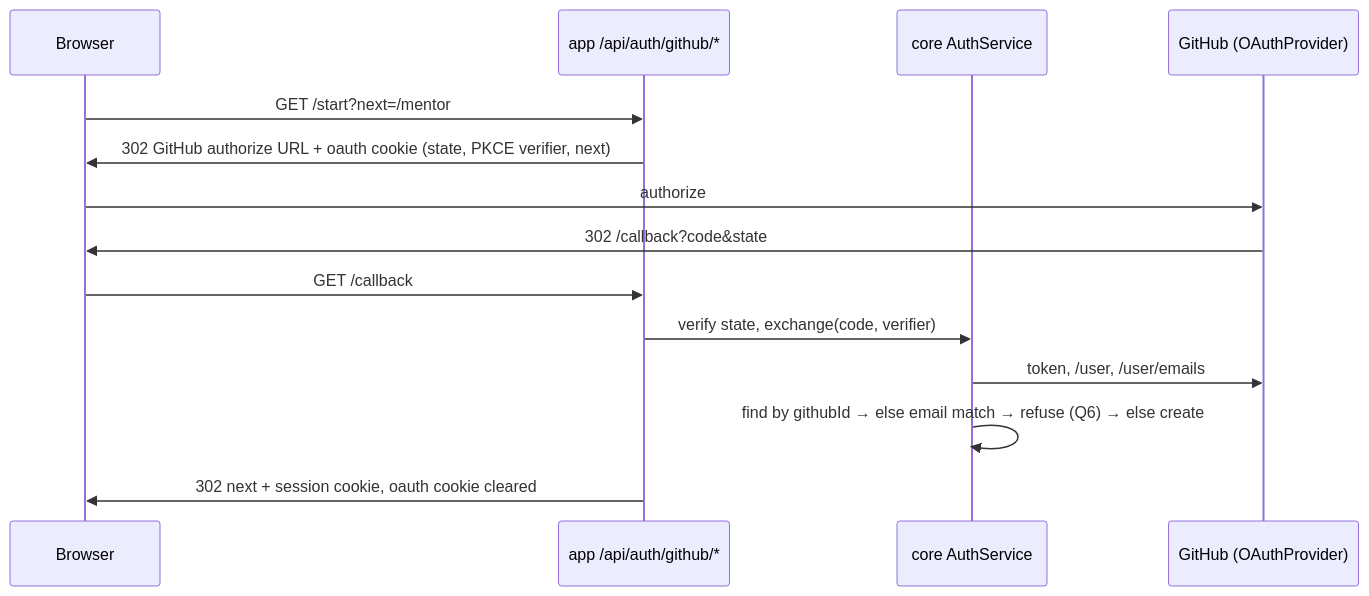
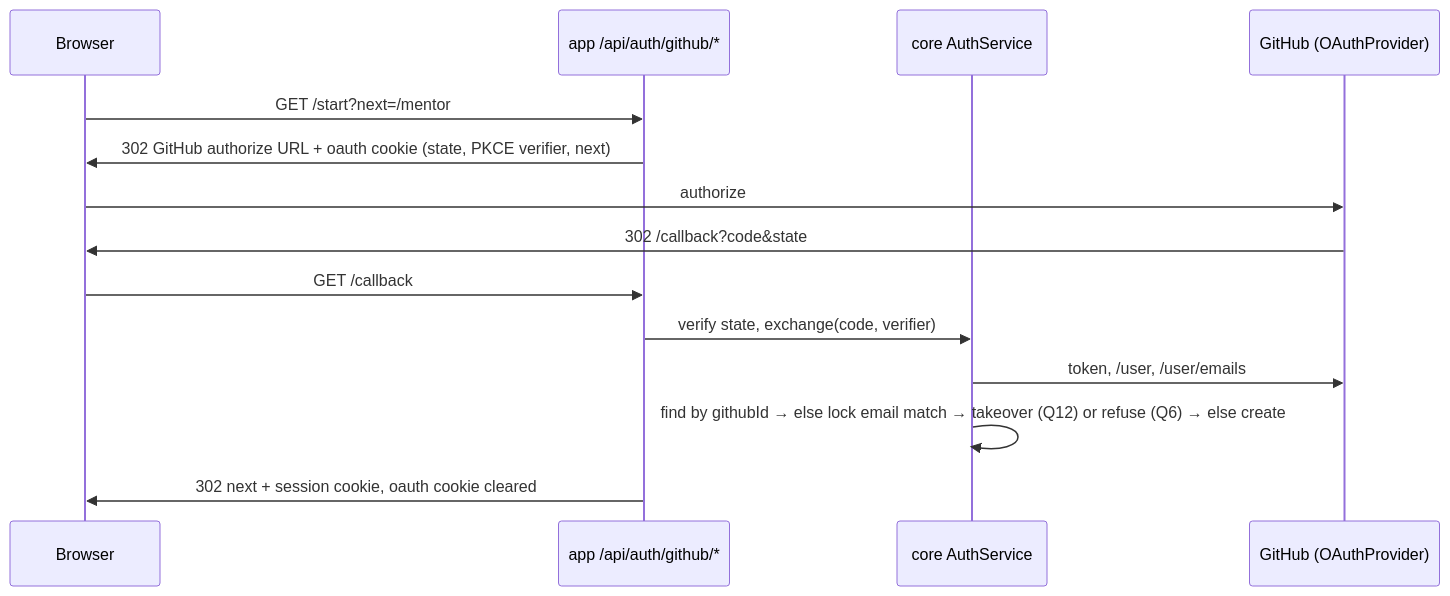
Before and after one commit to darek-kwiatkowski/DK-sandbox-01: the first of 2 diagrams in .ai/specs/2026-10-31-e01-s01-accounts-and-role-access.md, drawn with Mermaid. The commit also changed other lines of this file and 6 other files, not shown here.

````diff
--- a/.ai/specs/2026-10-31-e01-s01-accounts-and-role-access.md
+++ b/.ai/specs/2026-10-31-e01-s01-accounts-and-role-access.md
@@ -40,16 +42,16 @@
 ```mermaid
 sequenceDiagram
   participant B as Browser
   participant A as app /api/auth/github/*
   participant C as core AuthService
   participant G as GitHub (OAuthProvider)
   B->>A: GET /start?next=/mentor
   A->>B: 302 GitHub authorize URL + oauth cookie (state, PKCE verifier, next)
   B->>G: authorize
   G->>B: 302 /callback?code&state
   B->>A: GET /callback
   A->>C: verify state, exchange(code, verifier)
   C->>G: token, /user, /user/emails
-  C->>C: find by githubId → else email match → refuse (Q6) → else create
+  C->>C: find by githubId → else lock email match → takeover (Q12) or refuse (Q6) → else create
   A->>B: 302 next + session cookie, oauth cookie cleared
 ```
````
